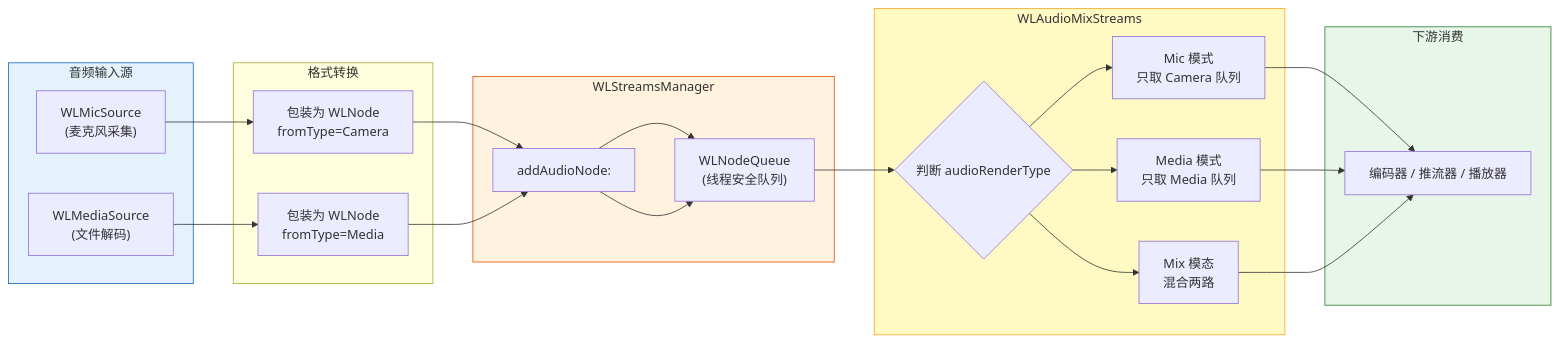
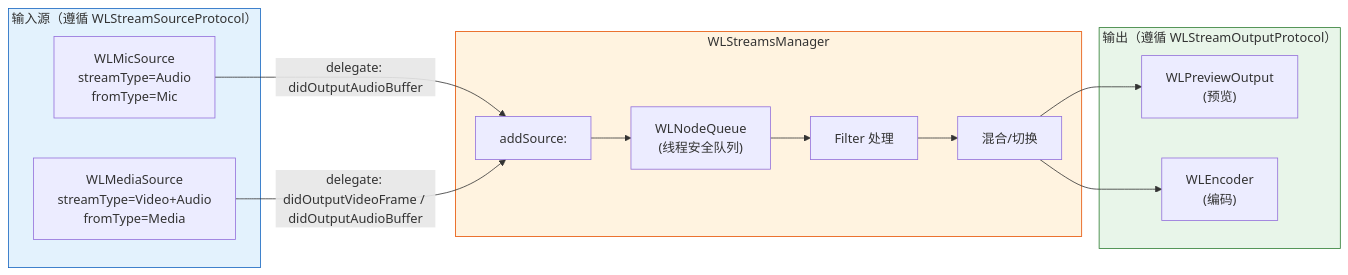
Before and after one commit to xiaerfei/WorkLabs: the third of 3 diagrams in Doc/NewPlan/TaskNewPlan.md, drawn with Mermaid. The commit also changed other lines of this file and 5 other files, not shown here.

````diff
--- a/Doc/NewPlan/TaskNewPlan.md
+++ b/Doc/NewPlan/TaskNewPlan.md
@@ -601,40 +254,29 @@
 ```mermaid
 flowchart LR
-    subgraph Sources["音频输入源"]
-        Mic["WLMicSource<br/>(麦克风采集)"]
-        Media["WLMediaSource<br/>(文件解码)"]
-    end
-    
-    subgraph Convert["格式转换"]
-        Node_Mic["包装为 WLNode<br/>fromType=Camera"]
-        Node_Media["包装为 WLNode<br/>fromType=Media"]
+    subgraph Sources["输入源（遵循 WLStreamSourceProtocol）"]
+        Mic["WLMicSource<br/>streamType=Audio<br/>fromType=Mic"]
+        Media["WLMediaSource<br/>streamType=Video+Audio<br/>fromType=Media"]
     end
     
     subgraph Manager["WLStreamsManager"]
-        AddAudio["addAudioNode:"]
+        AddSource["addSource:"]
         Queue["WLNodeQueue<br/>(线程安全队列)"]
+        Filter["Filter 处理"]
+        Mix["混合/切换"]
     end
     
-    subgraph Mix["WLAudioMixStreams"]
-        ModeSelect{"判断 audioRenderType"}
-        MicMode["Mic 模式<br/>只取 Camera 队列"]
-        MediaMode["Media 模式<br/>只取 Media 队列"]
-        MixMode["Mix 模态<br/>混合两路"]
+    subgraph Output["输出（遵循 WLStreamOutputProtocol）"]
+        Preview["WLPreviewOutput<br/>(预览)"]
+        Encoder["WLEncoder<br/>(编码)"]
     end
     
-    subgraph Output["下游消费"]
-        Encoder["编码器 / 推流器 / 播放器"]
-    end
+    Mic -- "delegate: didOutputAudioBuffer" --> AddSource --> Queue --> Filter --> Mix
+    Media -- "delegate: didOutputVideoFrame / didOutputAudioBuffer" --> AddSource
     
-    Mic --> Node_Mic --> AddAudio --> Queue --> ModeSelect
-    Media --> Node_Media --> AddAudio --> Queue
-    
-    ModeSelect --> MicMode --> Encoder
-    ModeSelect --> MediaMode --> Encoder
-    ModeSelect --> MixMode --> Encoder
+    Mix --> Preview
+    Mix --> Encoder
     
     style Sources fill:#e3f2fd,stroke:#1565c0
     style Manager fill:#fff3e0,stroke:#e65100
-    style Mix fill:#fff9c4,stroke:#f9a825
     style Output fill:#e8f5e9,stroke:#2e7d32
 ```
````
